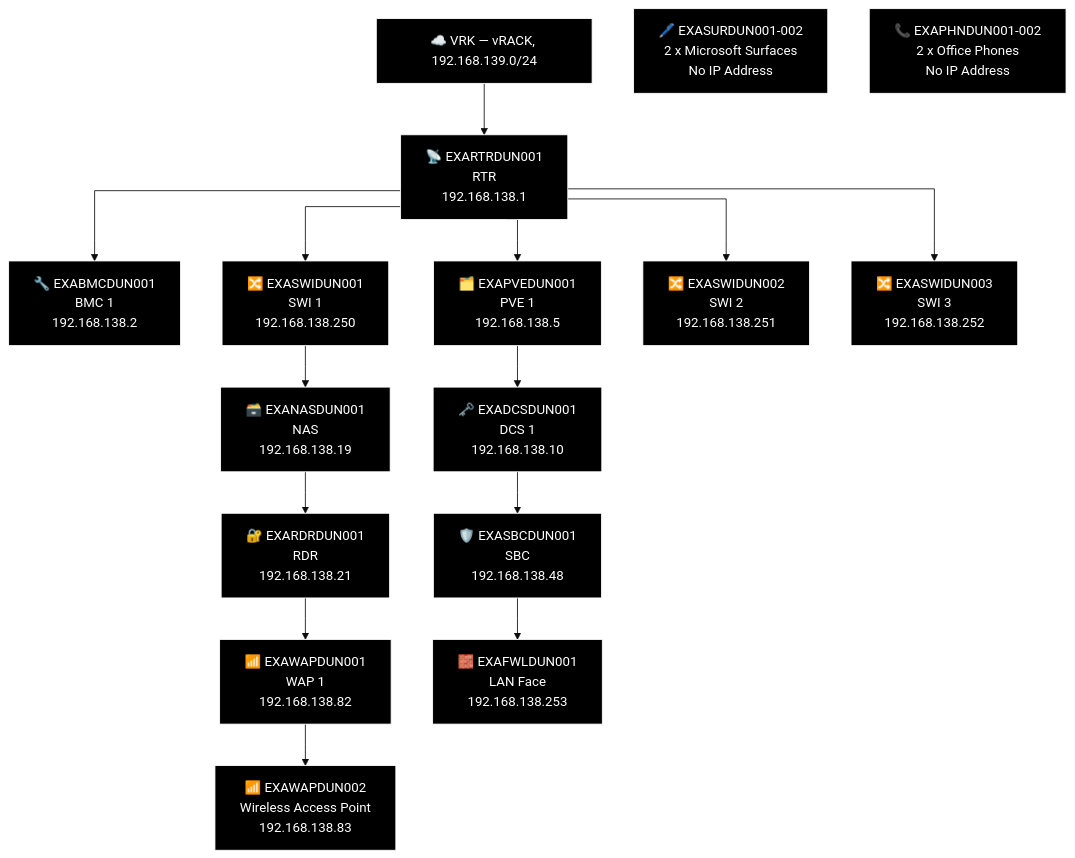
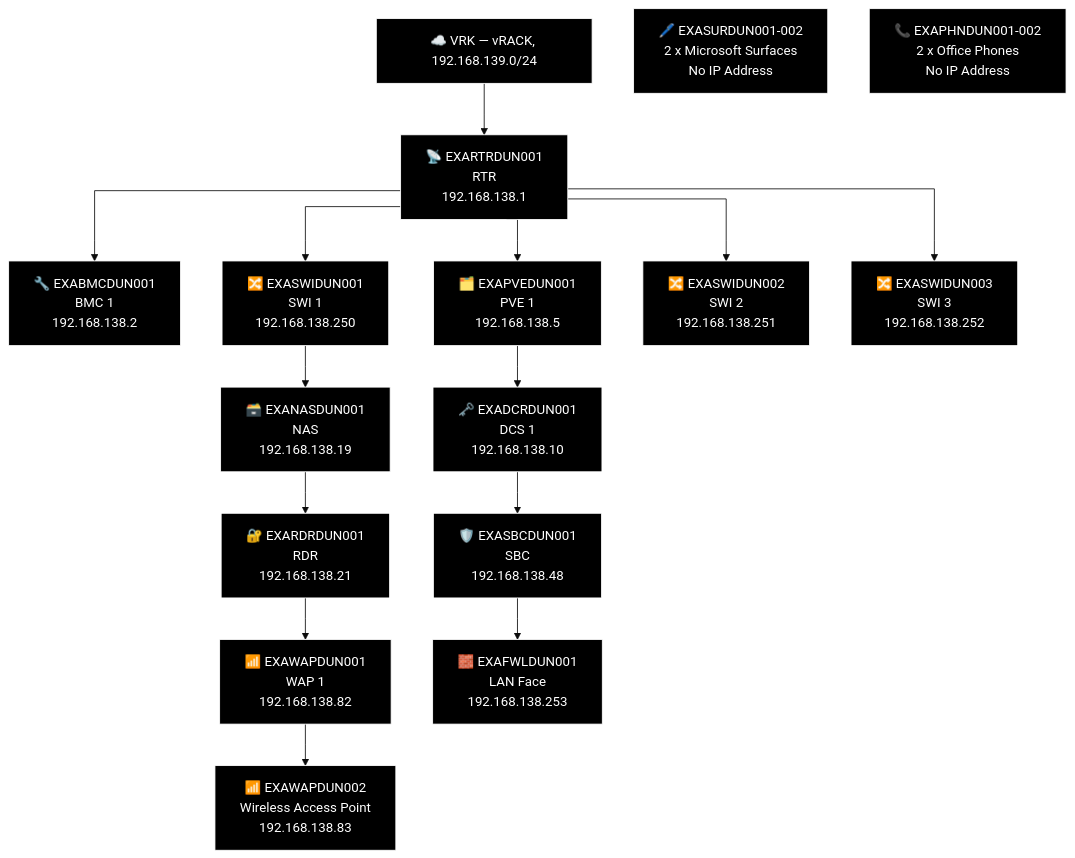
Before and after one commit to knightmare2600/example_music_infra: diagram 15 of 21 in docs/network-diagram/scotland.md, drawn with Mermaid (base theme). The commit also changed other lines of this file and 8 other files, not shown here.

````diff
--- a/docs/network-diagram/scotland.md
+++ b/docs/network-diagram/scotland.md
@@ -885,46 +860,46 @@
 ```mermaid
 %% GENERATED:TOPOLOGY:DUN:START
 %%{init: {'flowchart': {'curve': 'stepAfter'}}}%%
 graph TD
     T_VRK["☁️ VRK — vRACK, 192.168.139.0/24"]
     T_RTR["📡 EXARTRDUN001<br/>RTR<br/>192.168.138.1"]
     T_VRK --> T_RTR
     T_BMC["🔧 EXABMCDUN001<br/>BMC 1<br/>192.168.138.2"]
     T_RTR --> T_BMC
     T_PVE["🗂️ EXAPVEDUN001<br/>PVE 1<br/>192.168.138.5"]
     T_RTR --> T_PVE
     T_SWI["🔀 EXASWIDUN001<br/>SWI 1<br/>192.168.138.250"]
     T_RTR --> T_SWI
     T_SWI2["🔀 EXASWIDUN002<br/>SWI 2<br/>192.168.138.251"]
     T_RTR --> T_SWI2
     T_SWI3["🔀 EXASWIDUN003<br/>SWI 3<br/>192.168.138.252"]
     T_RTR --> T_SWI3
     T_NAS["🗃️ EXANASDUN001<br/>NAS<br/>192.168.138.19"]
     T_RDR["🔐 EXARDRDUN001<br/>RDR<br/>192.168.138.21"]
     T_WAP["📶 EXAWAPDUN001<br/>WAP 1<br/>192.168.138.82"]
     T_WAP2["📶 EXAWAPDUN002<br/>Wireless Access Point<br/>192.168.138.83"]
     T_SWI --> T_NAS --> T_RDR --> T_WAP --> T_WAP2
-    T_DCS["🗝️ EXADCSDUN001<br/>DCS 1<br/>192.168.138.10"]
+    T_DCS["🗝️ EXADCRDUN001<br/>DCS 1<br/>192.168.138.10"]
     T_SBC["🛡️ EXASBCDUN001<br/>SBC<br/>192.168.138.48"]
     T_FWL["🧱 EXAFWLDUN001<br/>LAN Face<br/>192.168.138.253"]
     T_PVE --> T_DCS --> T_SBC --> T_FWL
     T_OTH_SUR["🖊️ EXASURDUN001-002<br/>2 x Microsoft Surfaces<br/>No IP Address"]
     T_OTH_PHN["📞 EXAPHNDUN001-002<br/>2 x Office Phones<br/>No IP Address"]
     style T_VRK fill:#000000,stroke:#FFFFFF,color:#FFFFFF
     style T_RTR fill:#000000,stroke:#FFFFFF,color:#FFFFFF
     style T_BMC fill:#000000,stroke:#FFFFFF,color:#FFFFFF
     style T_PVE fill:#000000,stroke:#FFFFFF,color:#FFFFFF
     style T_SWI fill:#000000,stroke:#FFFFFF,color:#FFFFFF
     style T_SWI2 fill:#000000,stroke:#FFFFFF,color:#FFFFFF
     style T_SWI3 fill:#000000,stroke:#FFFFFF,color:#FFFFFF
     style T_NAS fill:#000000,stroke:#FFFFFF,color:#FFFFFF
     style T_RDR fill:#000000,stroke:#FFFFFF,color:#FFFFFF
     style T_WAP fill:#000000,stroke:#FFFFFF,color:#FFFFFF
     style T_WAP2 fill:#000000,stroke:#FFFFFF,color:#FFFFFF
     style T_DCS fill:#000000,stroke:#FFFFFF,color:#FFFFFF
     style T_SBC fill:#000000,stroke:#FFFFFF,color:#FFFFFF
     style T_FWL fill:#000000,stroke:#FFFFFF,color:#FFFFFF
     style T_OTH_SUR fill:#000000,stroke:#FFFFFF,color:#FFFFFF
     style T_OTH_PHN fill:#000000,stroke:#FFFFFF,color:#FFFFFF
 %% GENERATED:TOPOLOGY:DUN:END
 ```
````
